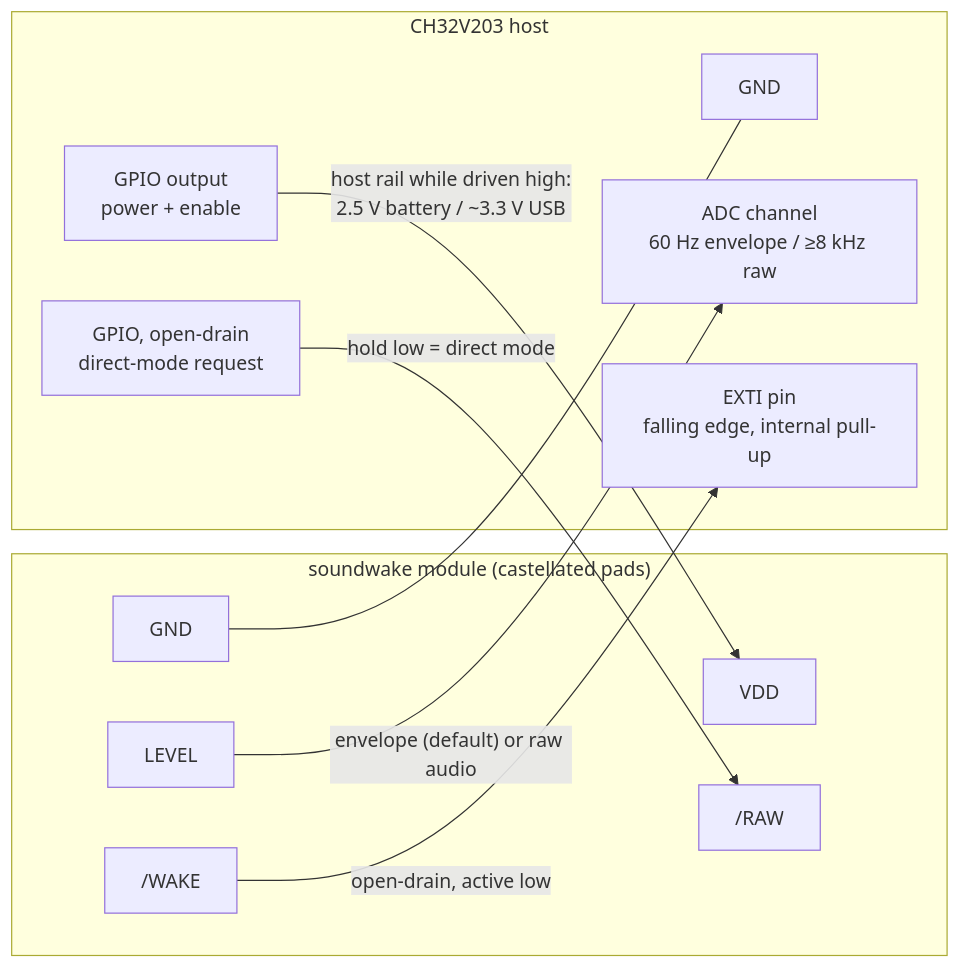
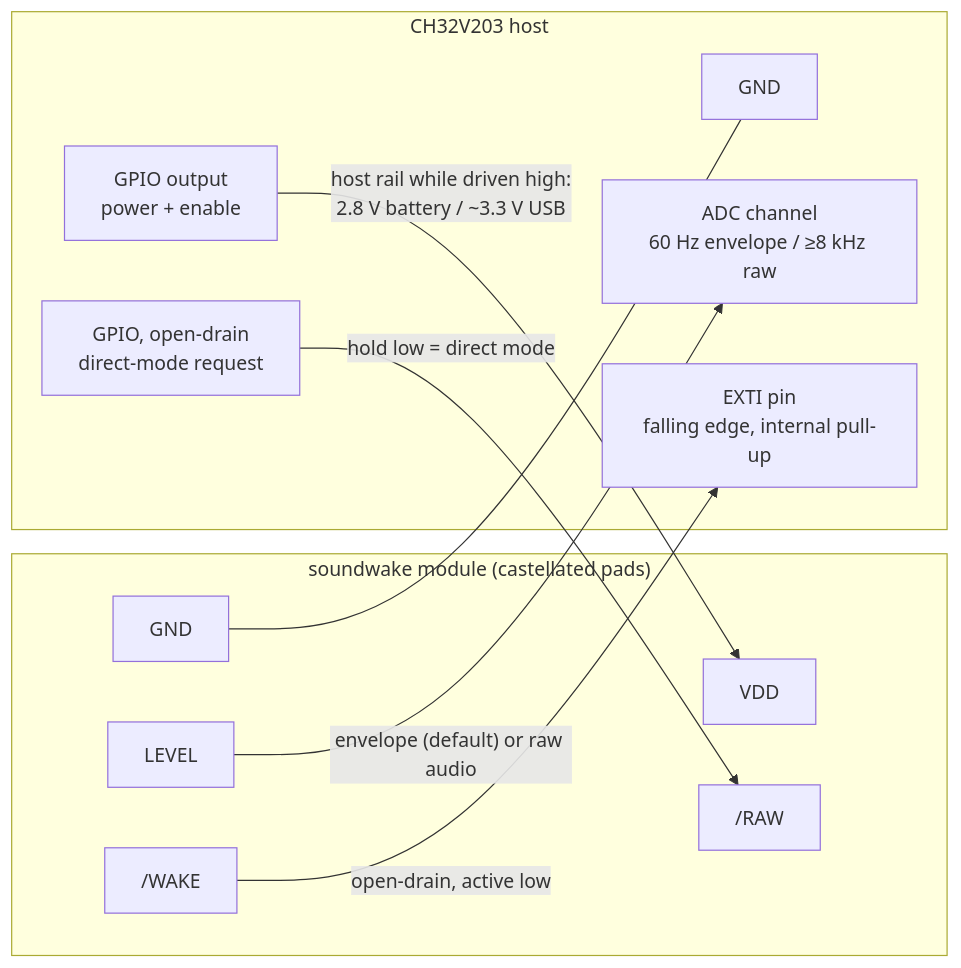
One commit to zackees/soundwake changed the first of 6 diagrams in README.md. Above: the diagram before and after it, drawn with Mermaid. The commit also changed other lines of this file and 4 other files, not shown here.

````diff
--- a/README.md
+++ b/README.md
@@ -52,22 +52,22 @@
 ```mermaid
 flowchart LR
     subgraph MOD["soundwake module (castellated pads)"]
         VDD["VDD"]
         GND["GND"]
         LEVEL["LEVEL"]
         WAKE["/WAKE"]
         RAW["/RAW"]
     end
     subgraph MCU["CH32V203 host"]
         PWR["GPIO output<br/>power + enable"]
         MGND["GND"]
         ADC["ADC channel<br/>60 Hz envelope / ≥8 kHz raw"]
         EXTI["EXTI pin<br/>falling edge, internal pull-up"]
         RREQ["GPIO, open-drain<br/>direct-mode request"]
     end
-    PWR -->|"host rail while driven high:<br/>2.5 V battery / ~3.3 V USB"| VDD
+    PWR -->|"host rail while driven high:<br/>2.8 V battery / ~3.3 V USB"| VDD
     GND --- MGND
     LEVEL -->|"envelope (default) or raw audio"| ADC
     WAKE -->|"open-drain, active low"| EXTI
     RREQ -->|"hold low = direct mode"| RAW
 ```
````
